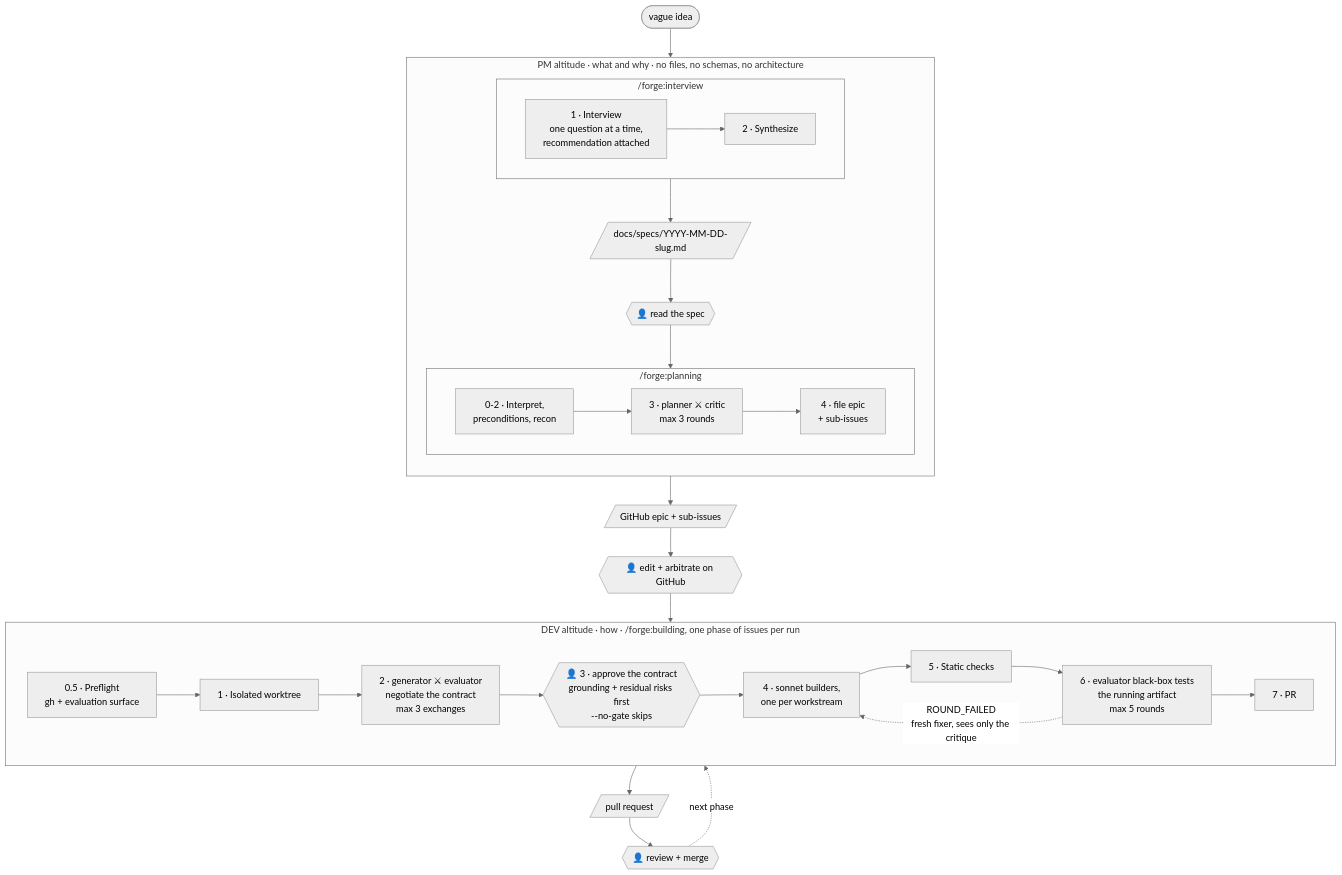
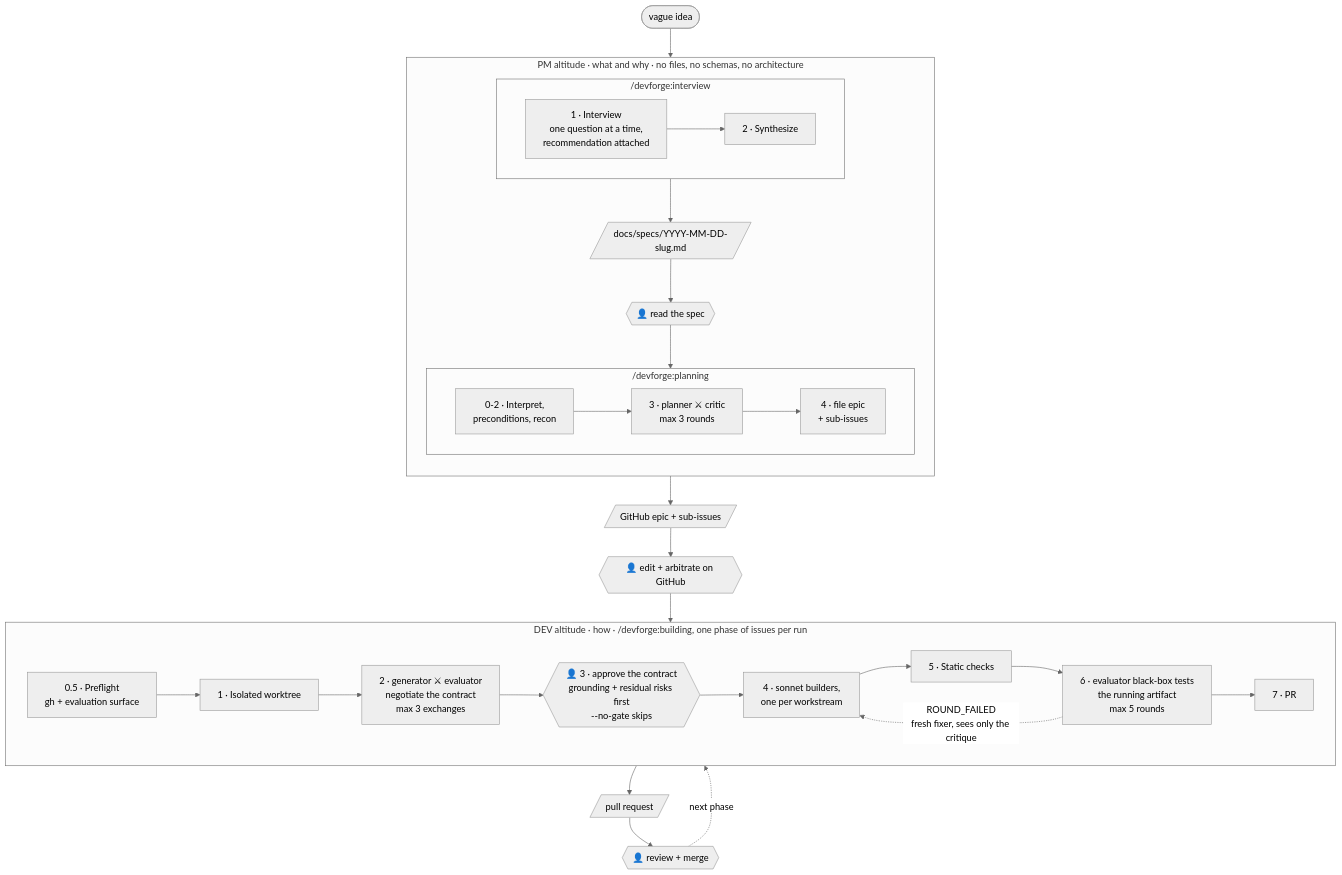
Before and after one commit to dasirra/cc-forge: the diagram in README.md, drawn with Mermaid (neutral theme). The commit also changed other lines of this file and 12 other files, not shown here.

First line of the commit message:
chore: bump devforge to 3.0.0, complete forge -> devforge rename

````diff
--- a/README.md
+++ b/README.md
@@ -66,43 +67,43 @@
 ```mermaid
 flowchart TD
     idea(["vague idea"]) --> INT
 
     subgraph PM["PM altitude · what and why · no files, no schemas, no architecture"]
         direction TB
 
-        subgraph INT["/forge:interview"]
+        subgraph INT["/devforge:interview"]
             direction LR
             i1["1 · Interview<br/>one question at a time,<br/>recommendation attached"] --> i2["2 · Synthesize"]
         end
 
         INT --> spec[/"docs/specs/YYYY-MM-DD-slug.md"/]
         spec --> h1{{"👤 read the spec"}}
         h1 --> PLAN
 
-        subgraph PLAN["/forge:planning"]
+        subgraph PLAN["/devforge:planning"]
             direction LR
             p1["0-2 · Interpret,<br/>preconditions, recon"] --> p2["3 · planner ⚔ critic<br/>max 3 rounds"]
             p2 --> p3["4 · file epic<br/>+ sub-issues"]
         end
     end
 
     PLAN --> issues[/"GitHub epic + sub-issues"/]
     issues --> h2{{"👤 edit + arbitrate on GitHub"}}
     h2 --> BUILD
 
-    subgraph BUILD["DEV altitude · how · /forge:building, one phase of issues per run"]
+    subgraph BUILD["DEV altitude · how · /devforge:building, one phase of issues per run"]
         direction LR
         b0["0.5 · Preflight<br/>gh + evaluation surface"] --> b1["1 · Isolated worktree"]
         b1 --> b2["2 · generator ⚔ evaluator<br/>negotiate the contract<br/>max 3 exchanges"]
         b2 --> b3{{"👤 3 · approve the contract<br/>grounding + residual risks first<br/>--no-gate skips"}}
         b3 --> b4["4 · sonnet builders,<br/>one per workstream"]
         b4 --> b5["5 · Static checks"]
         b5 --> b6["6 · evaluator black-box tests<br/>the running artifact<br/>max 5 rounds"]
         b6 -.->|"ROUND_FAILED<br/>fresh fixer, sees only the critique"| b4
         b6 --> b7["7 · PR"]
     end
 
     BUILD --> pr[/"pull request"/]
     pr --> h3{{"👤 review + merge"}}
     h3 -.->|"next phase"| BUILD
 ```
````
